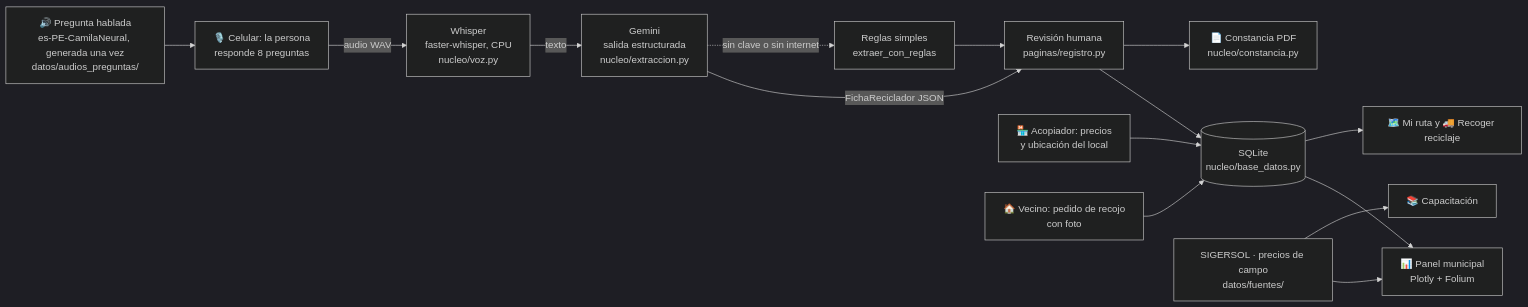
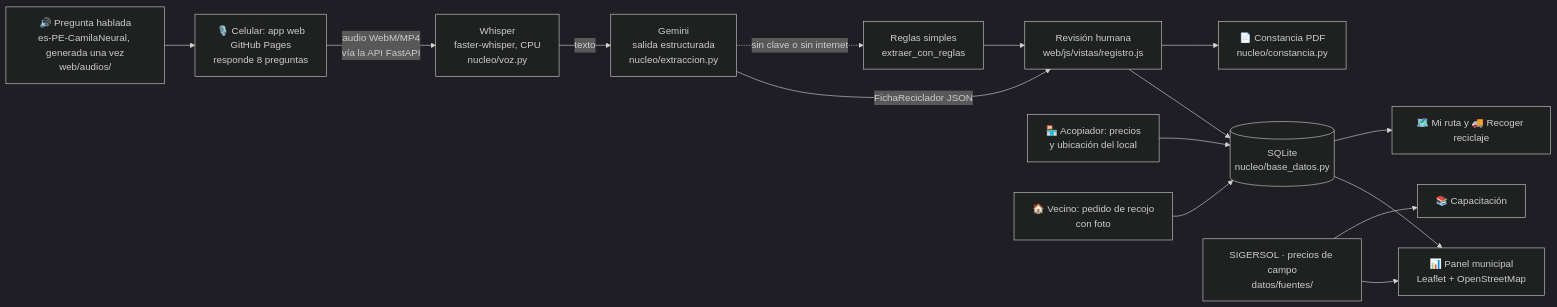
Before and after one commit to grey-d18/proyecto_final: the diagram in README.md, drawn with Mermaid (dark theme). The commit also changed other lines of this file and 44 other files, not shown here.

First line of the commit message:
App web (GitHub Pages) + API FastAPI, con el diseño propuesto

````diff
--- a/README.md
+++ b/README.md
@@ -89,17 +101,17 @@
 ```mermaid
 flowchart LR
-    Q[🔊 Pregunta hablada<br>es-PE-CamilaNeural, generada una vez<br>datos/audios_preguntas/] --> A
-    A[🎙️ Celular: la persona<br>responde 8 preguntas] -->|audio WAV| B[Whisper<br>faster-whisper, CPU<br>nucleo/voz.py]
+    Q[🔊 Pregunta hablada<br>es-PE-CamilaNeural, generada una vez<br>web/audios/] --> A
+    A[🎙️ Celular: app web<br>GitHub Pages<br>responde 8 preguntas] -->|audio WebM/MP4<br>vía la API FastAPI| B[Whisper<br>faster-whisper, CPU<br>nucleo/voz.py]
     B -->|texto| C[Gemini<br>salida estructurada<br>nucleo/extraccion.py]
-    C -->|FichaReciclador JSON| D[Revisión humana<br>paginas/registro.py]
+    C -->|FichaReciclador JSON| D[Revisión humana<br>web/js/vistas/registro.js]
     D --> E[(SQLite<br>nucleo/base_datos.py)]
     D --> F[📄 Constancia PDF<br>nucleo/constancia.py]
-    E --> G[📊 Panel municipal<br>Plotly + Folium]
+    E --> G[📊 Panel municipal<br>Leaflet + OpenStreetMap]
     H[SIGERSOL · precios de campo<br>datos/fuentes/] --> G
     H --> I[📚 Capacitación]
     K[🏪 Acopiador: precios<br>y ubicación del local] --> E
     L[🏠 Vecino: pedido de recojo<br>con foto] --> E
     E --> M[🗺️ Mi ruta y 🚚 Recoger reciclaje]
     C -.sin clave o sin internet.-> J[Reglas simples<br>extraer_con_reglas]
     J --> D
 ```
````
